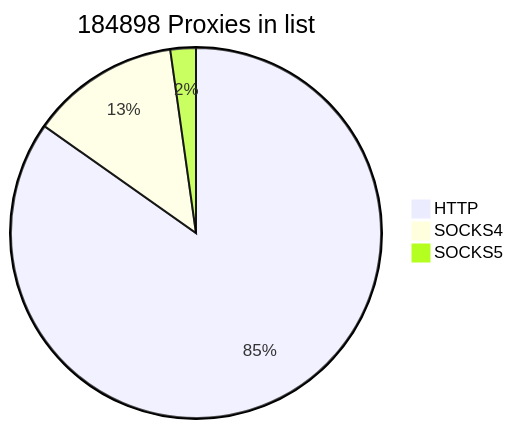
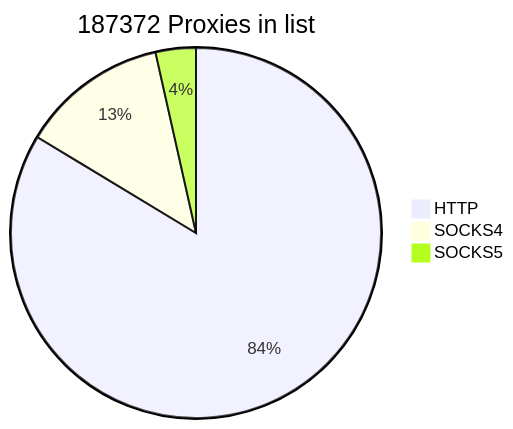
One commit to cutipu/proxylist changed the first of 2 diagrams in README.md. Above: the diagram before and after it, drawn with Mermaid. The commit also changed other lines of this file, not shown here.

````diff
--- a/README.md
+++ b/README.md
@@ -2,7 +2,7 @@
 ```mermaid
-pie title 184898 Proxies in list
+pie title 187372 Proxies in list
     "HTTP" : 156746
-    "SOCKS4" : 24040
-    "SOCKS5" : 4112
+    "SOCKS4" : 24041
+    "SOCKS5" : 6585
             
 ```
````
